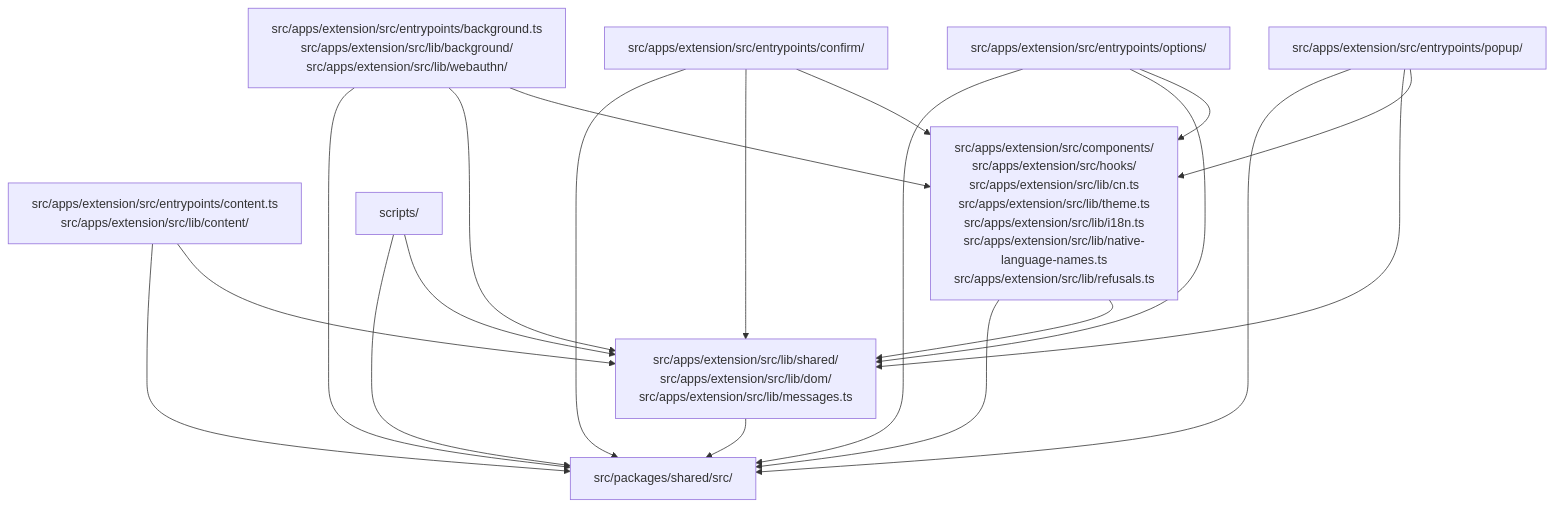
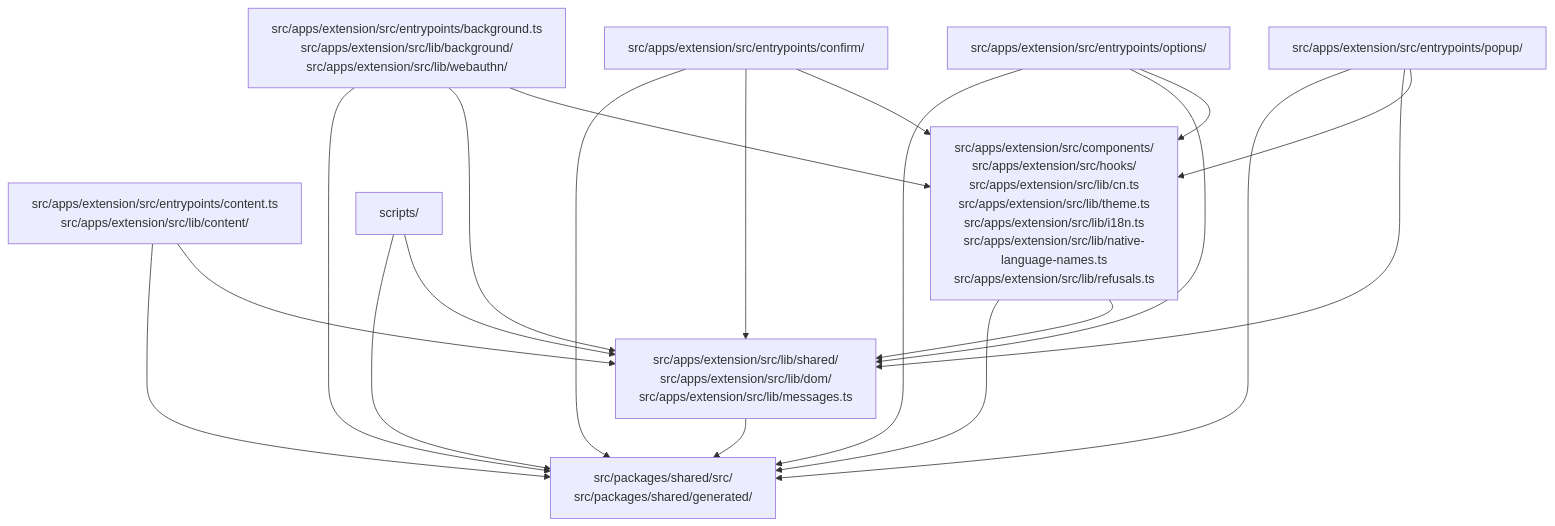
One commit to Vivswan/chromium-bridge changed the seventh of 7 diagrams in docs/architecture.md. Above: the diagram before and after it, drawn with Mermaid. The commit also changed other lines of this file and 152 other files, not shown here.

Commit message:
build(gen): the generated TypeScript leaves git and is built into src/packages/shared/generated by every task that reads it (#240)

````diff
--- a/docs/architecture.md
+++ b/docs/architecture.md
@@ -609,31 +609,31 @@
 ```mermaid
 graph TD
-  shared["src/packages/shared/src/"]
+  shared["src/packages/shared/src/<br>src/packages/shared/generated/"]
   extension_background["src/apps/extension/src/entrypoints/background.ts<br>src/apps/extension/src/lib/background/<br>src/apps/extension/src/lib/webauthn/"]
   extension_content["src/apps/extension/src/entrypoints/content.ts<br>src/apps/extension/src/lib/content/"]
   extension_confirm["src/apps/extension/src/entrypoints/confirm/"]
   extension_options["src/apps/extension/src/entrypoints/options/"]
   extension_popup["src/apps/extension/src/entrypoints/popup/"]
   extension_ui["src/apps/extension/src/components/<br>src/apps/extension/src/hooks/<br>src/apps/extension/src/lib/cn.ts<br>src/apps/extension/src/lib/theme.ts<br>src/apps/extension/src/lib/i18n.ts<br>src/apps/extension/src/lib/native-language-names.ts<br>src/apps/extension/src/lib/refusals.ts"]
   extension_lib["src/apps/extension/src/lib/shared/<br>src/apps/extension/src/lib/dom/<br>src/apps/extension/src/lib/messages.ts"]
   scripts["scripts/"]
   extension_background --> shared
   extension_background --> extension_lib
   extension_background --> extension_ui
   extension_content --> shared
   extension_content --> extension_lib
   extension_confirm --> shared
   extension_confirm --> extension_lib
   extension_confirm --> extension_ui
   extension_options --> shared
   extension_options --> extension_lib
   extension_options --> extension_ui
   extension_popup --> shared
   extension_popup --> extension_lib
   extension_popup --> extension_ui
   extension_ui --> shared
   extension_ui --> extension_lib
   extension_lib --> shared
   scripts --> shared
   scripts --> extension_lib
 ```
````
